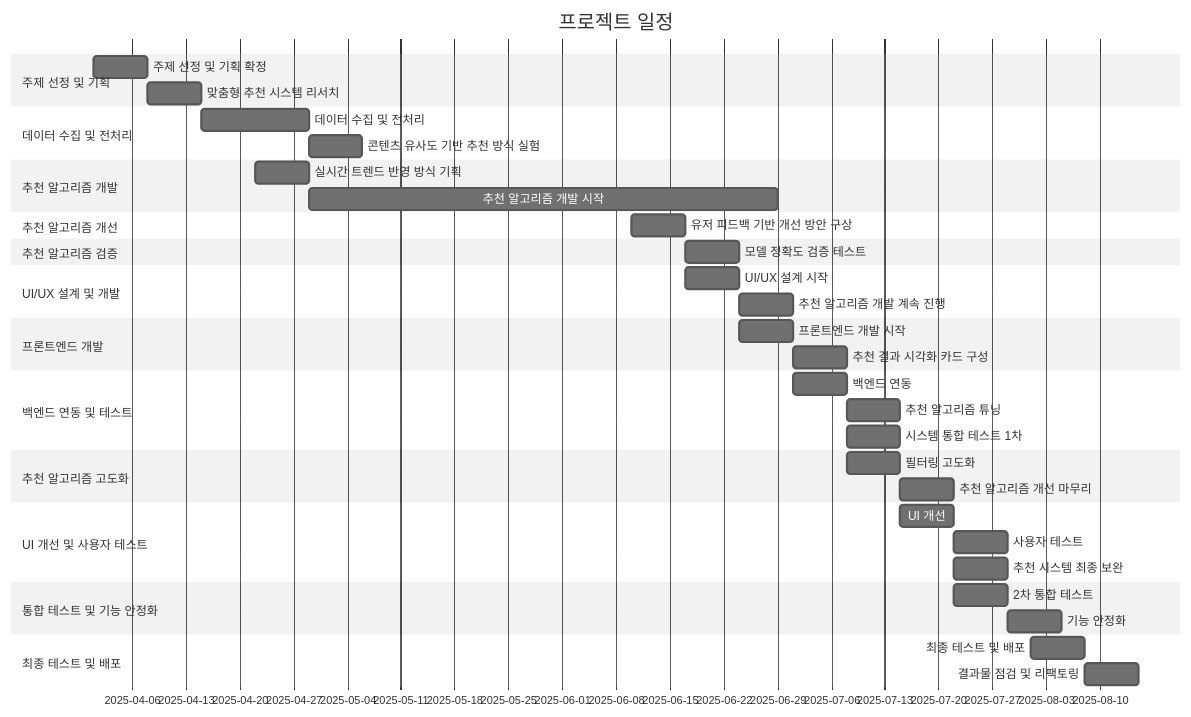
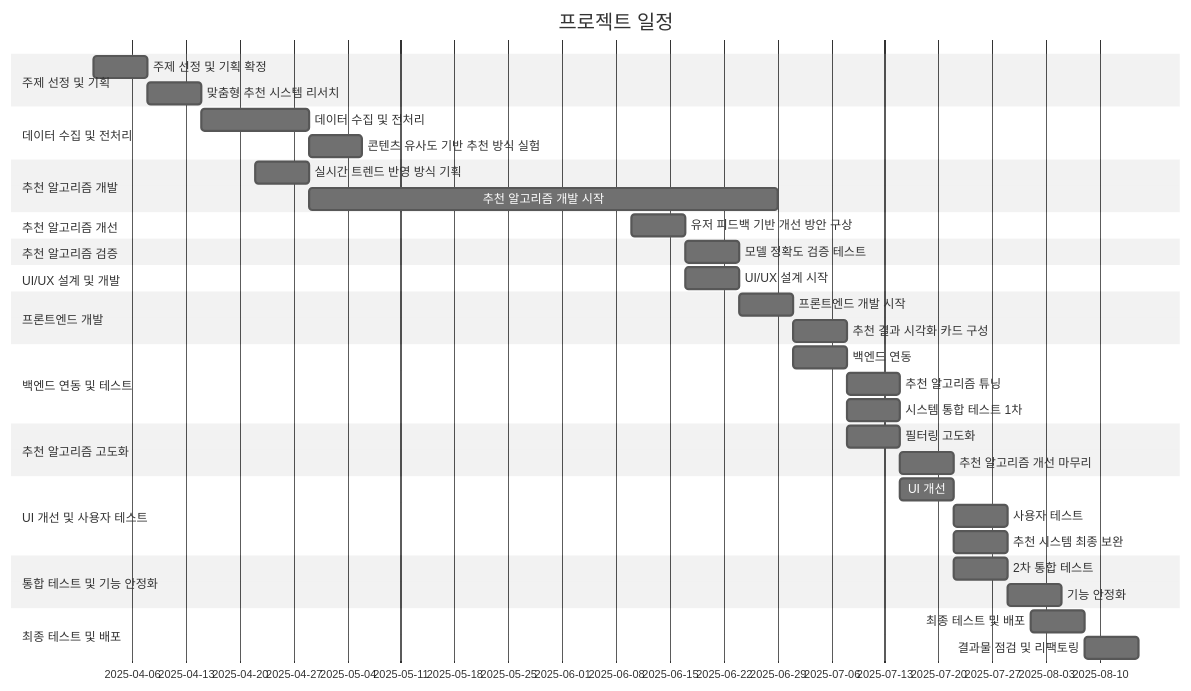
One commit to whynotsw-camp/wh05-1st-teamC changed the diagram in README.md. Above: the diagram before and after it, drawn with Mermaid (neutral theme).

````diff
--- a/README.md
+++ b/README.md
@@ -75,52 +75,51 @@
 ```mermaid
 gantt
     title 프로젝트 일정
     dateFormat  YYYY-MM-DD
     section 주제 선정 및 기획
     주제 선정 및 기획 확정   : a1, 2025-04-01, 7d
     맞춤형 추천 시스템 리서치 : a2, 2025-04-08, 7d
 
     section 데이터 수집 및 전처리
     데이터 수집 및 전처리 : a3, 2025-04-15, 14d
     콘텐츠 유사도 기반 추천 방식 실험 : a4, 2025-04-29, 7d
 
     section 추천 알고리즘 개발
     실시간 트렌드 반영 방식 기획 : a5, 2025-04-22, 7d
     추천 알고리즘 개발 시작 : a6, 2025-04-29, 61d
 
     section 추천 알고리즘 개선
     유저 피드백 기반 개선 방안 구상 : a8, 2025-06-10, 7d
 
     section 추천 알고리즘 검증
     모델 정확도 검증 테스트 : a10, 2025-06-17, 7d
 
     section UI/UX 설계 및 개발
     UI/UX 설계 시작 : a11, 2025-06-17, 7d
-    추천 알고리즘 개발 계속 진행 : a12, 2025-06-24, 7d
 
     section 프론트엔드 개발
     프론트엔드 개발 시작 : a13, 2025-06-24, 7d
     추천 결과 시각화 카드 구성 : a14, 2025-07-01, 7d
 
     section 백엔드 연동 및 테스트
     백엔드 연동 : a15, 2025-07-01, 7d
     추천 알고리즘 튜닝 : a16, 2025-07-08, 7d
     시스템 통합 테스트 1차 : a17, 2025-07-08, 7d
 
     section 추천 알고리즘 고도화
     필터링 고도화 : a18, 2025-07-08, 7d
     추천 알고리즘 개선 마무리 : a19, 2025-07-15, 7d
 
     section UI 개선 및 사용자 테스트
     UI 개선 : a20, 2025-07-15, 7d
     사용자 테스트 : a21, 2025-07-22, 7d
     추천 시스템 최종 보완 : a22, 2025-07-22, 7d
 
     section 통합 테스트 및 기능 안정화
     2차 통합 테스트 : a23, 2025-07-22, 7d
     기능 안정화 : a24, 2025-07-29, 7d
 
     section 최종 테스트 및 배포
     최종 테스트 및 배포 : a25, 2025-08-01, 7d
     결과물 점검 및 리팩토링 : a26, 2025-08-08, 7d
 ```
````
